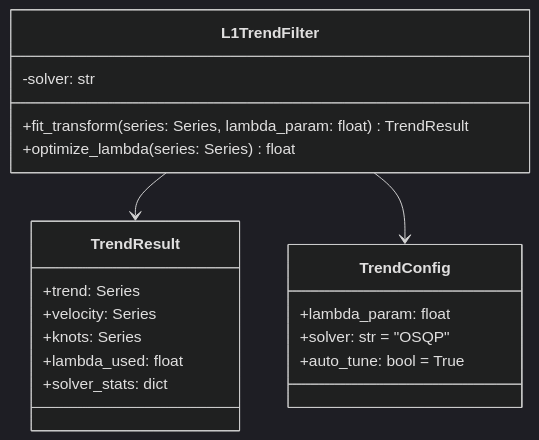
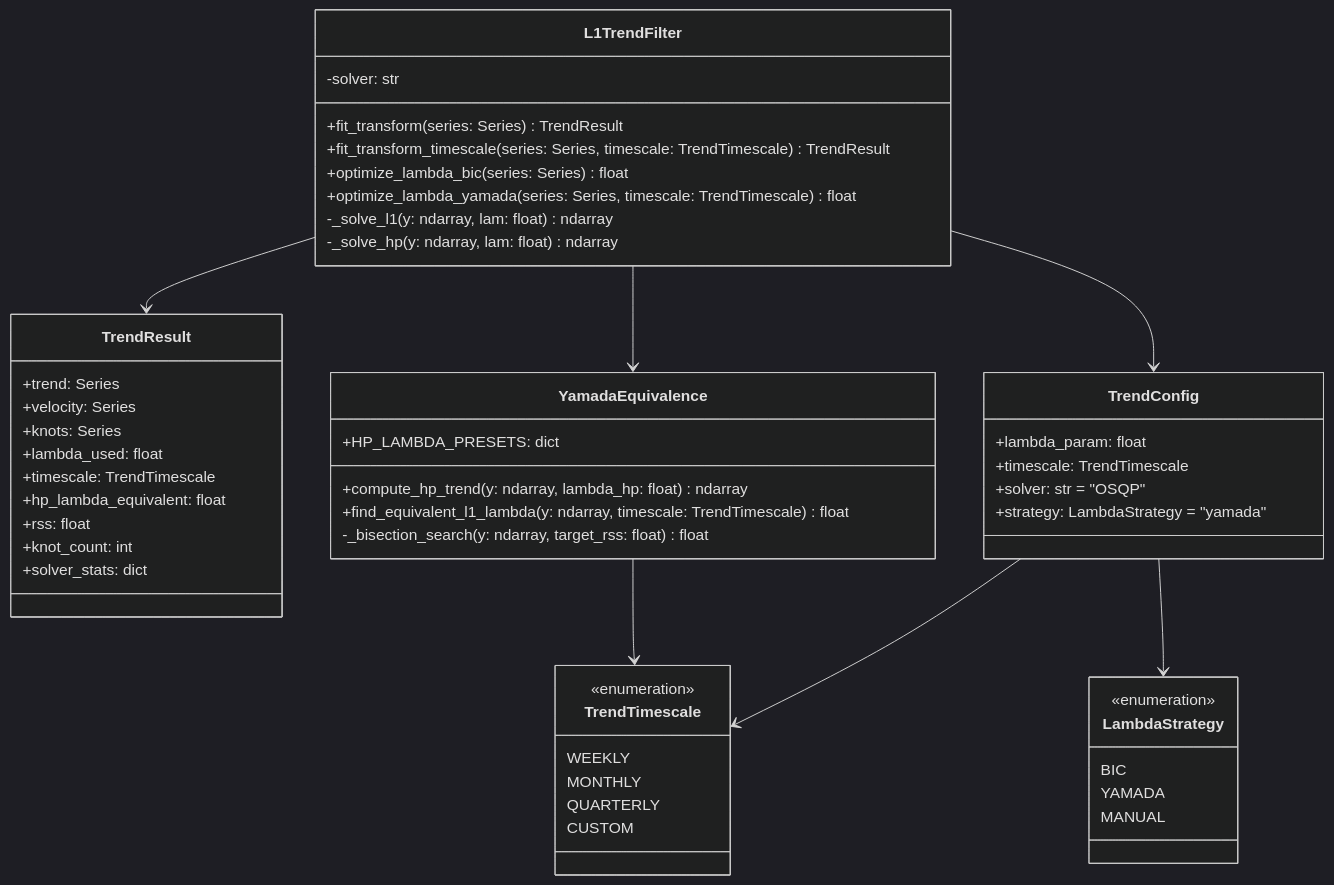
One commit to jhaapasa/PortfolioAdvisor changed the diagram in docs/design/feature-design-sparse-trend-extraction.md. Above: the diagram before and after it, drawn with Mermaid (dark theme). The commit also changed other lines of this file and 10 other files, not shown here.

````diff
--- a/docs/design/feature-design-sparse-trend-extraction.md
+++ b/docs/design/feature-design-sparse-trend-extraction.md
@@ -28,25 +28,60 @@
 ```mermaid
 classDiagram
     class L1TrendFilter {
-        +fit_transform(series: Series, lambda_param: float) TrendResult
-        +optimize_lambda(series: Series) float
+        +fit_transform(series: Series) TrendResult
+        +fit_transform_timescale(series: Series, timescale: TrendTimescale) TrendResult
+        +optimize_lambda_bic(series: Series) float
+        +optimize_lambda_yamada(series: Series, timescale: TrendTimescale) float
+        -_solve_l1(y: ndarray, lam: float) ndarray
+        -_solve_hp(y: ndarray, lam: float) ndarray
         -solver: str
     }
 
     class TrendResult {
         +trend: Series
         +velocity: Series
         +knots: Series
         +lambda_used: float
+        +timescale: TrendTimescale
+        +hp_lambda_equivalent: float
+        +rss: float
+        +knot_count: int
         +solver_stats: dict
     }
 
     class TrendConfig {
         +lambda_param: float
+        +timescale: TrendTimescale
         +solver: str = "OSQP"
-        +auto_tune: bool = True
+        +strategy: LambdaStrategy = "yamada"
+    }
+
+    class TrendTimescale {
+        <<enumeration>>
+        WEEKLY
+        MONTHLY
+        QUARTERLY
+        CUSTOM
+    }
+
+    class LambdaStrategy {
+        <<enumeration>>
+        BIC
+        YAMADA
+        MANUAL
+    }
+
+    class YamadaEquivalence {
+        +HP_LAMBDA_PRESETS: dict
+        +compute_hp_trend(y: ndarray, lambda_hp: float) ndarray
+        +find_equivalent_l1_lambda(y: ndarray, timescale: TrendTimescale) float
+        -_bisection_search(y: ndarray, target_rss: float) float
     }
 
     L1TrendFilter --> TrendResult
     L1TrendFilter --> TrendConfig
+    L1TrendFilter --> YamadaEquivalence
+    TrendConfig --> TrendTimescale
+    TrendConfig --> LambdaStrategy
+    YamadaEquivalence --> TrendTimescale
 ```
````
